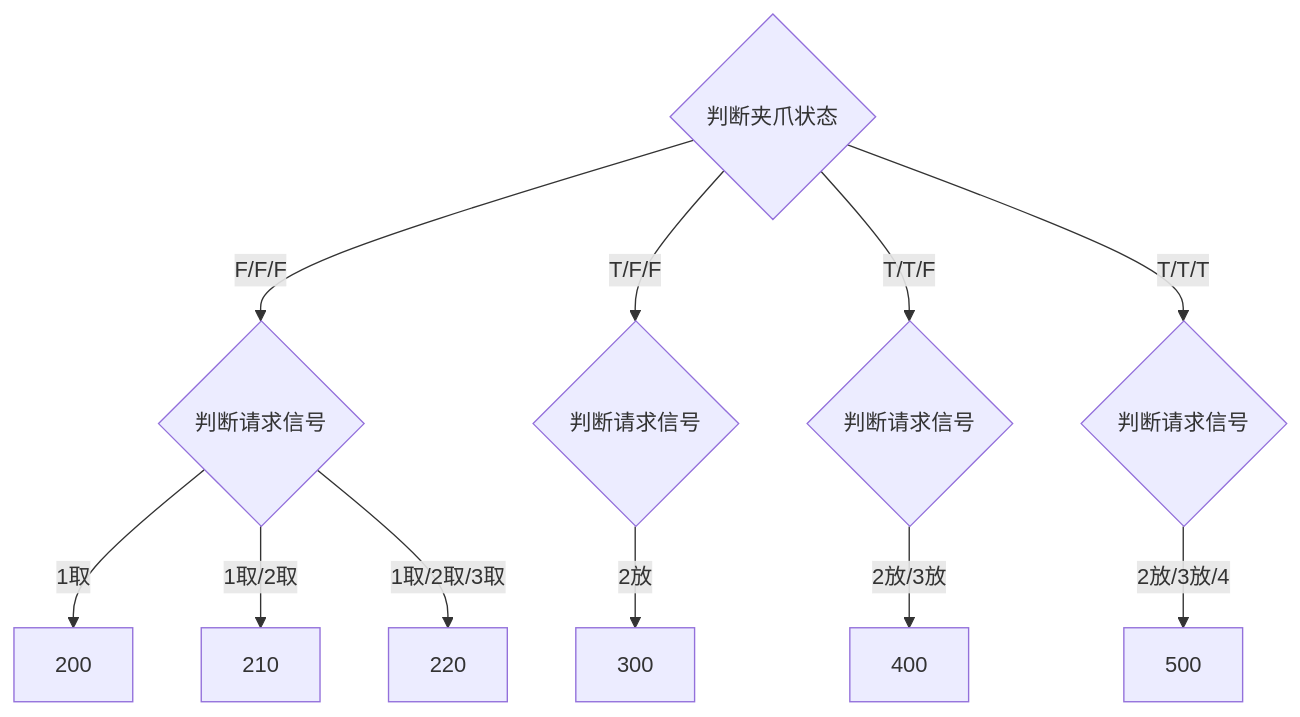
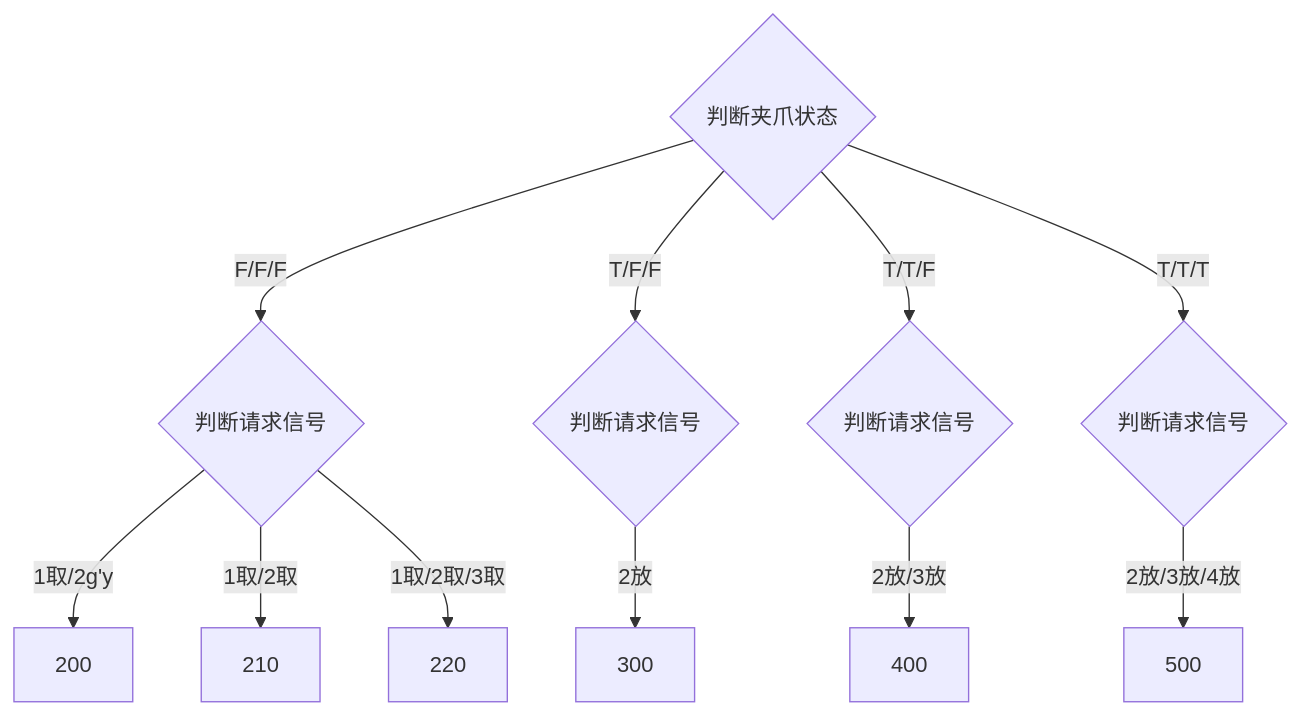
One commit to zmq000/iodraw-files changed the diagram in all/未命名.md. Above: the diagram before and after it, drawn with Mermaid.

Commit message:
2026-06-18 11:55:02 update

````diff
--- a/all/未命名.md
+++ b/all/未命名.md
@@ -1,14 +1,14 @@
 ```mermaid
 graph TD
 10{判断夹爪状态}-->|F/F/F|20
 10-->|T/F/F|30
 10-->|T/T/F|40
 10-->|T/T/T|50
 
-20{判断请求信号}-->|1取|200
+20{判断请求信号}-->|1取/2g'y|200
 20-->|1取/2取|210
 20-->|1取/2取/3取|220
 30{判断请求信号}-->|2放|300
 40{判断请求信号}-->|2放/3放|400
-50{判断请求信号}-->|2放/3放/4|500
+50{判断请求信号}-->|2放/3放/4放|500
 ```
````
